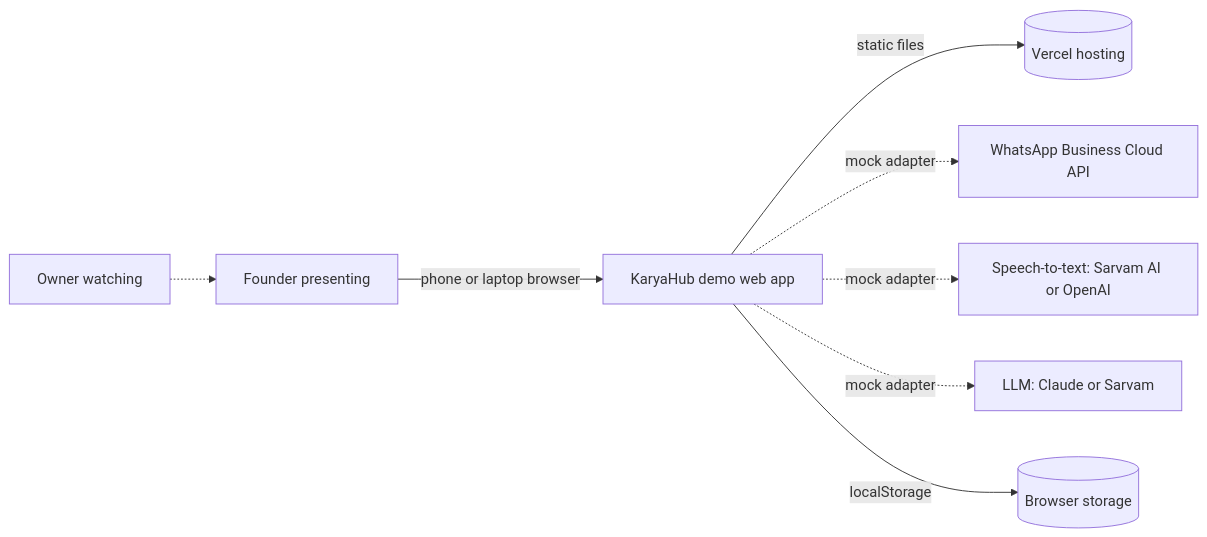
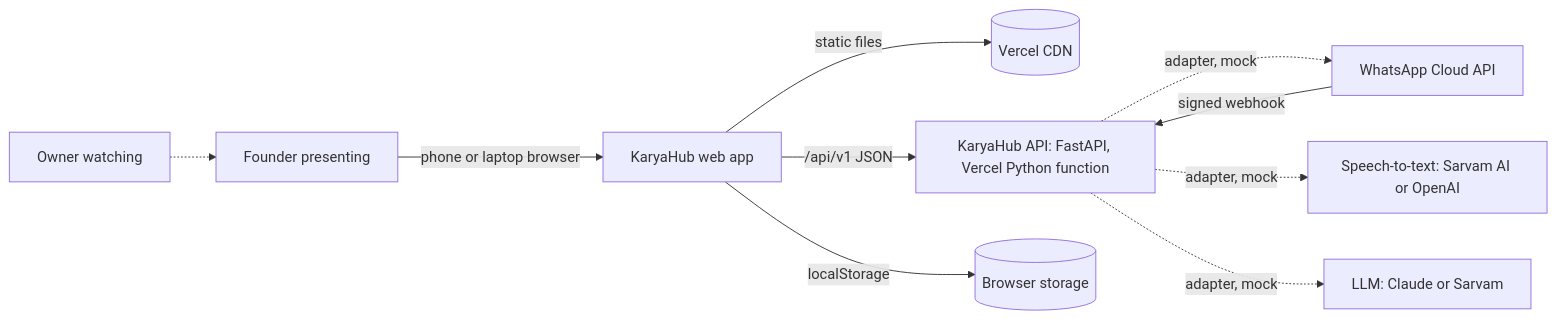
One commit to akkiverse/karyahub changed the first of 2 diagrams in docs/architecture/ARCHITECTURE.md. Above: the diagram before and after it, drawn with Mermaid. The commit also changed other lines of this file and 90 other files, not shown here.

First line of the commit message:
KaryaHub: Advance Tech, business look, Admin and staff logins (CR-0002, CR-0003) (#2)

````diff
--- a/docs/architecture/ARCHITECTURE.md
+++ b/docs/architecture/ARCHITECTURE.md
@@ -9,10 +7,12 @@
 ```mermaid
 flowchart LR
-  P[Founder presenting] -->|phone or laptop browser| A[KaryaHub demo web app]
+  P[Founder presenting] -->|phone or laptop browser| A[KaryaHub web app]
   O[Owner watching] -.-> P
-  A -->|static files| V[(Vercel hosting)]
-  A -. mock adapter .-> W[WhatsApp Business Cloud API]
-  A -. mock adapter .-> S[Speech-to-text: Sarvam AI or OpenAI]
-  A -. mock adapter .-> L[LLM: Claude or Sarvam]
+  A -->|static files| V[(Vercel CDN)]
+  A -->|/api/v1 JSON| S[KaryaHub API: FastAPI, Vercel Python function]
+  M[WhatsApp Cloud API] -->|signed webhook| S
+  S -. adapter, mock .-> M
+  S -. adapter, mock .-> SP[Speech-to-text: Sarvam AI or OpenAI]
+  S -. adapter, mock .-> L[LLM: Claude or Sarvam]
   A -->|localStorage| B[(Browser storage)]
 ```
````
